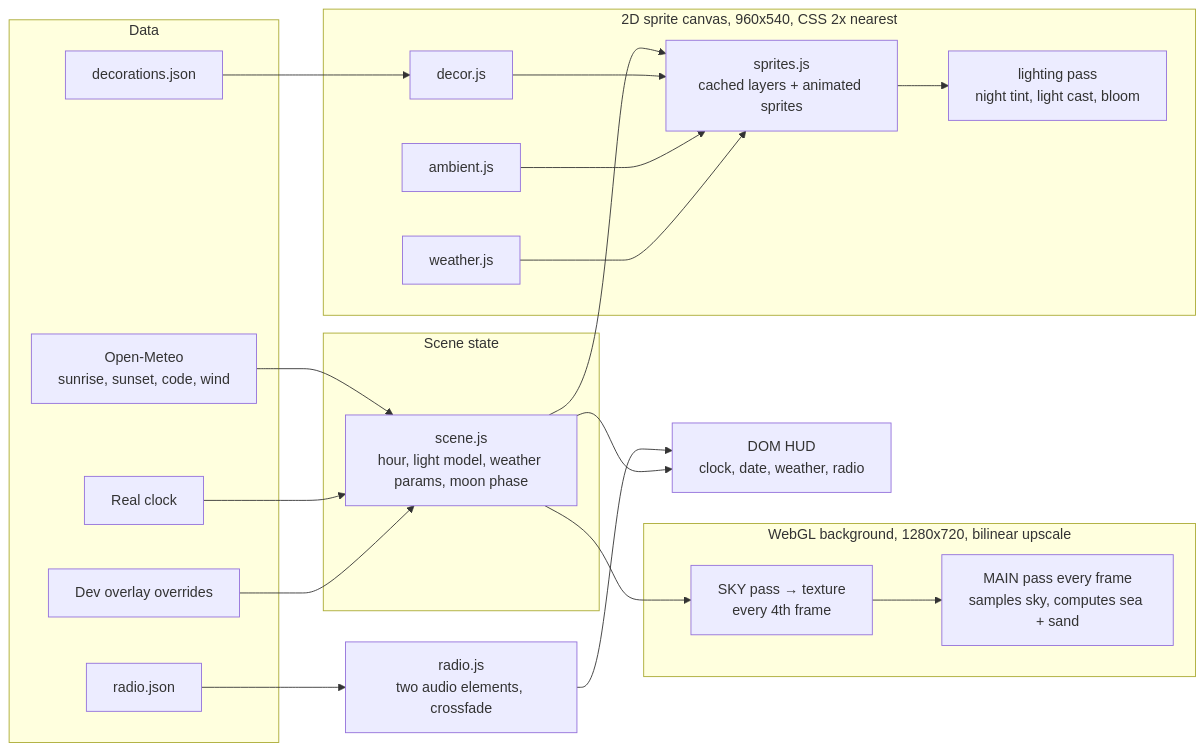
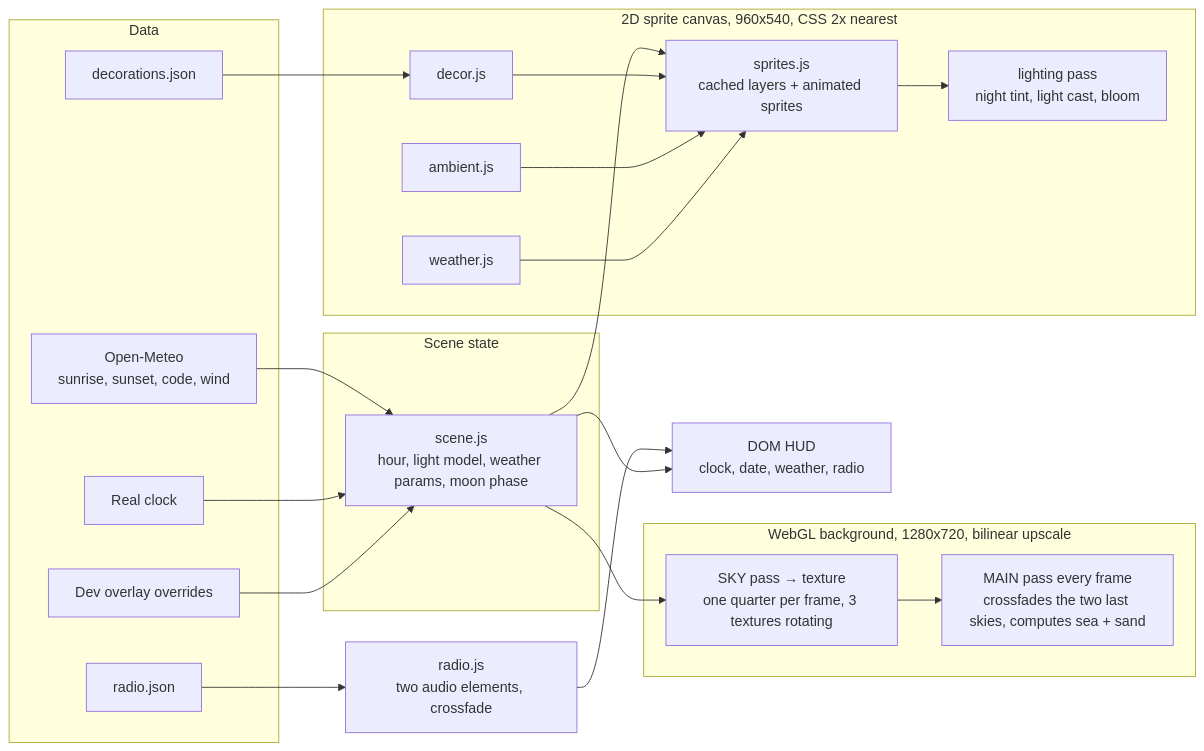
Before and after one commit to dany-ia/studio-dany-tv: the diagram in README.md, drawn with Mermaid. The commit also changed other lines of this file and 7 other files, not shown here.

First line of the commit message:
v0.3.3: sky without stutter or seam; precision-safe time, sliced sky pass with crossfade, dither

````diff
--- a/README.md
+++ b/README.md
@@ -74,37 +74,37 @@
 ```mermaid
 flowchart LR
   subgraph data [Data]
     OM[Open-Meteo<br/>sunrise, sunset, code, wind]
     CLK[Real clock]
     DJ[decorations.json]
     RJ[radio.json]
     DEV[Dev overlay overrides]
   end
   subgraph state [Scene state]
     ST[scene.js<br/>hour, light model, weather params, moon phase]
   end
   subgraph gpu [WebGL background, 1280x720, bilinear upscale]
-    SKY[SKY pass → texture<br/>every 4th frame]
-    MAIN[MAIN pass every frame<br/>samples sky, computes sea + sand]
+    SKY[SKY pass → texture<br/>one quarter per frame, 3 textures rotating]
+    MAIN[MAIN pass every frame<br/>crossfades the two last skies, computes sea + sand]
   end
   subgraph cpu [2D sprite canvas, 960x540, CSS 2x nearest]
     SP[sprites.js<br/>cached layers + animated sprites]
     DC[decor.js]
     AM[ambient.js]
     WX[weather.js]
     LT[lighting pass<br/>night tint, light cast, bloom]
   end
   HUD[DOM HUD<br/>clock, date, weather, radio]
   RD[radio.js<br/>two audio elements, crossfade]
   OM --> ST
   CLK --> ST
   DEV --> ST
   ST --> SKY --> MAIN
   ST --> SP
   DJ --> DC --> SP
   AM --> SP
   WX --> SP
   SP --> LT
   RJ --> RD --> HUD
   ST --> HUD
 ```
````
